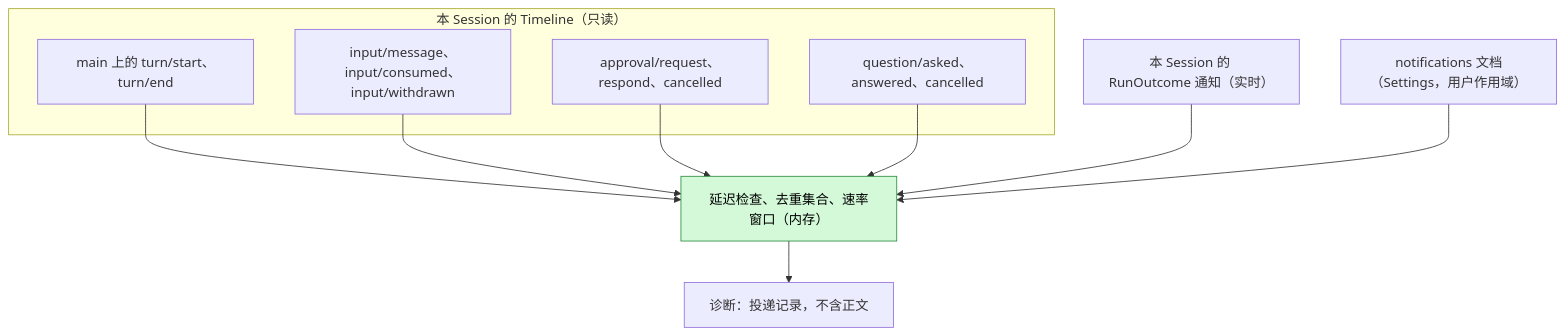
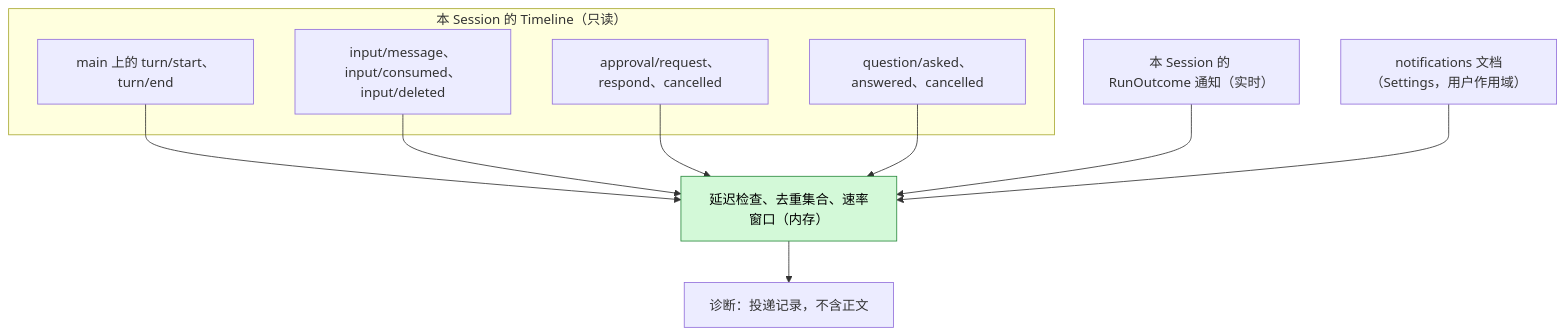
One commit to CoutinhoTTS/dim-agent changed the second of 6 diagrams in docs/zh/design/plugins/Notifications.md. Above: the diagram before and after it, drawn with Mermaid. The commit also changed other lines of this file and 18 other files, not shown here.

````diff
--- a/docs/zh/design/plugins/Notifications.md
+++ b/docs/zh/design/plugins/Notifications.md
@@ -43,21 +43,21 @@
 ```mermaid
 flowchart TB
   subgraph TL["本 Session 的 Timeline（只读）"]
     TE["main 上的 turn/start、turn/end"]
-    IN["input/message、input/consumed、input/withdrawn"]
+    IN["input/message、input/consumed、input/deleted"]
     AP["approval/request、respond、cancelled"]
     QU["question/asked、answered、cancelled"]
   end
   RO["本 Session 的 RunOutcome 通知（实时）"]
   CFG["notifications 文档（Settings，用户作用域）"]
   MEM["延迟检查、去重集合、速率窗口（内存）"]:::new
   DIAG["诊断：投递记录，不含正文"]
   TE --> MEM
   IN --> MEM
   AP --> MEM
   QU --> MEM
   RO --> MEM
   CFG --> MEM
   MEM --> DIAG
   classDef new fill:#d3f9d8,stroke:#2b8a3e,color:#000
 ```
````
